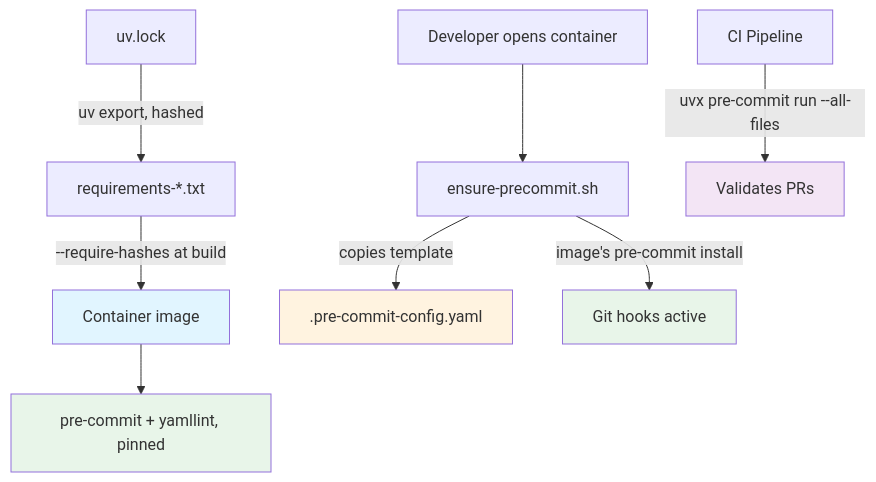
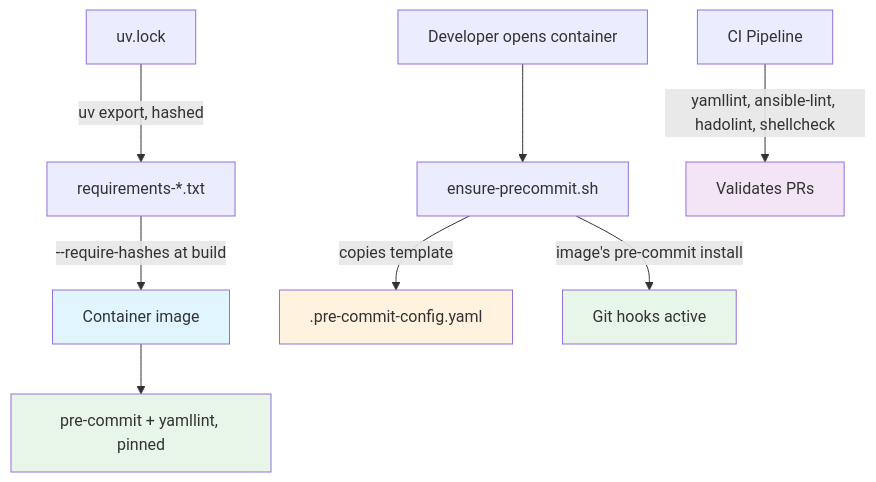
One commit to malpanez/ansible-devcontainer-vscode changed the third of 11 diagrams in docs/ARCHITECTURE.md. Above: the diagram before and after it, drawn with Mermaid. The commit also changed 1 other file, not shown here.

Commit message:
docs: say what CI actually runs
README.md and ARCHITECTURE.md said CI runs uvx pre-commit. No workflow runs pre-commit.

````diff
--- a/docs/ARCHITECTURE.md
+++ b/docs/ARCHITECTURE.md
@@ -93,18 +93,18 @@
 ```mermaid
 graph TD
     L[uv.lock] -->|uv export, hashed| R[requirements-*.txt]
     R -->|--require-hashes at build| A[Container image]
     A --> E[pre-commit + yamllint, pinned]
 
     C[Developer opens container] --> D[ensure-precommit.sh]
     D -->|copies template| F[.pre-commit-config.yaml]
     D -->|image's pre-commit install| G[Git hooks active]
 
-    H[CI Pipeline] -->|uvx pre-commit run --all-files| I[Validates PRs]
+    H[CI Pipeline] -->|yamllint, ansible-lint, hadolint, shellcheck| I[Validates PRs]
 
     style A fill:#e1f5ff
     style E fill:#e8f5e9
     style F fill:#fff3e0
     style G fill:#e8f5e9
     style I fill:#f3e5f5
 ```
````
